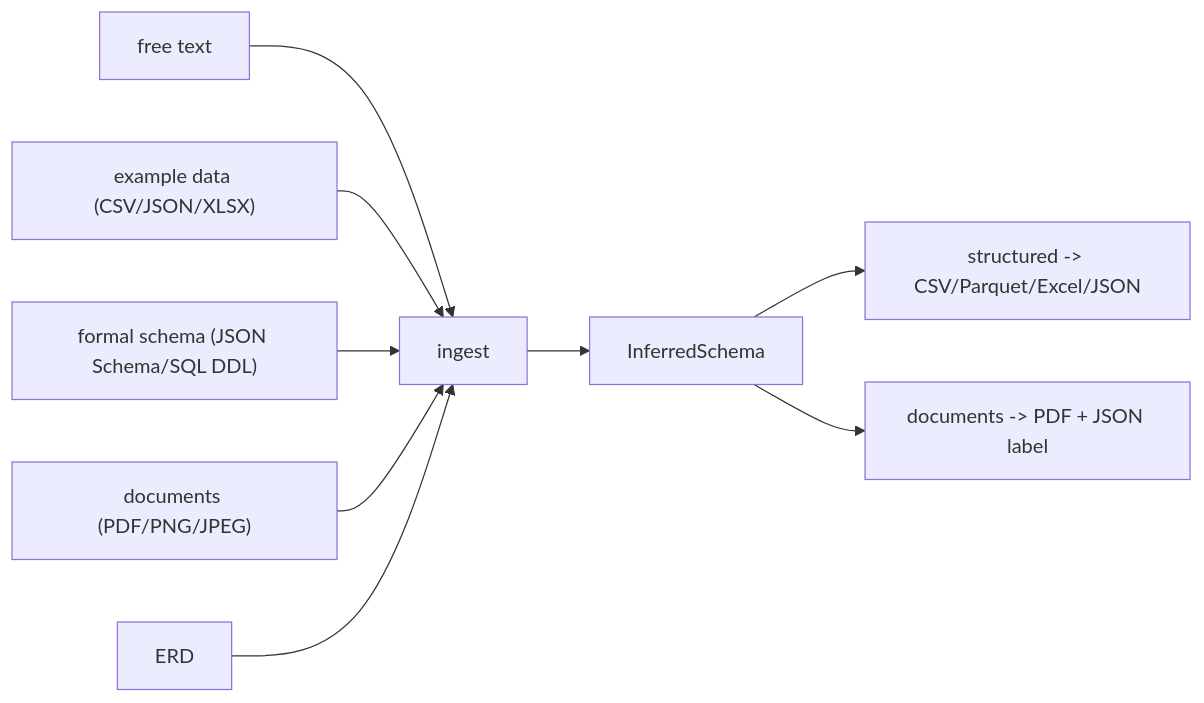
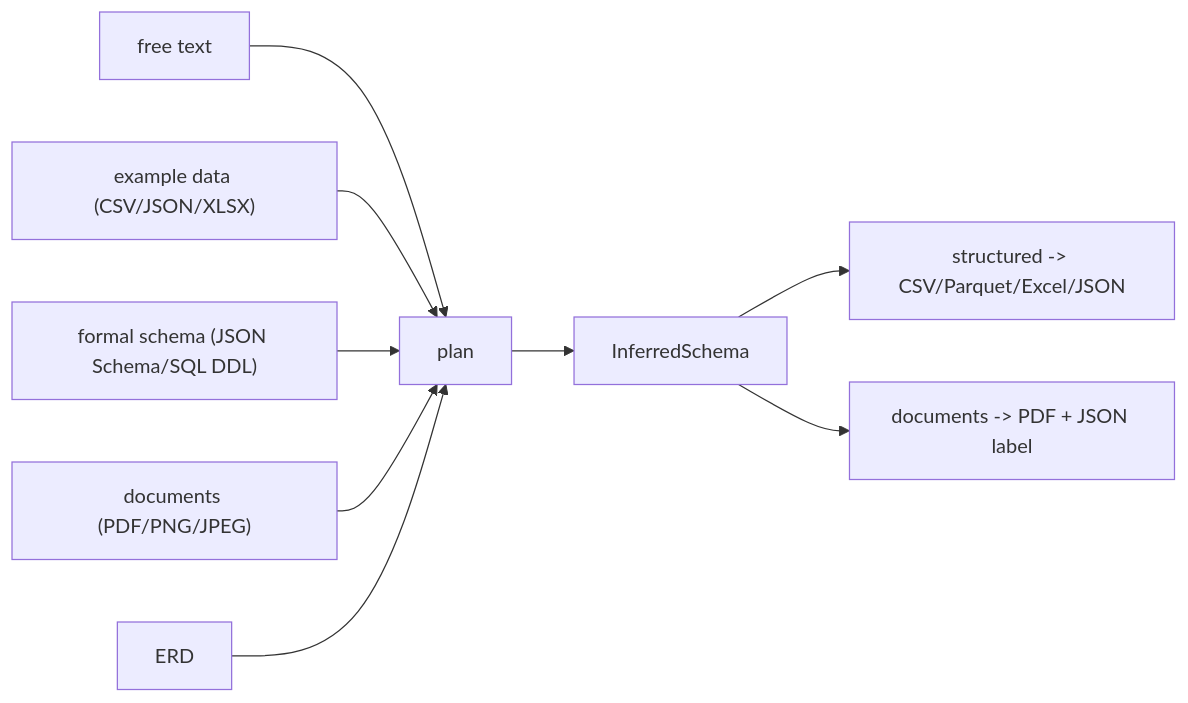
Before and after one commit to awslabs/synthetically_engineered_evaluation_data: the second of 2 diagrams in docs/docs/index.md, drawn with Mermaid. The commit also changed other lines of this file and 18 other files, not shown here.

````diff
--- a/docs/docs/index.md
+++ b/docs/docs/index.md
@@ -117,11 +117,11 @@
 ```mermaid
 graph LR
-    A["free text"] --> I[ingest]
+    A["free text"] --> I[plan]
     B["example data (CSV/JSON/XLSX)"] --> I
     C["formal schema (JSON Schema/SQL DDL)"] --> I
     D["documents (PDF/PNG/JPEG)"] --> I
     E[ERD] --> I
     I --> S[InferredSchema]
     S --> T["structured -> CSV/Parquet/Excel/JSON"]
     S --> P["documents -> PDF + JSON label"]
 ```
````
